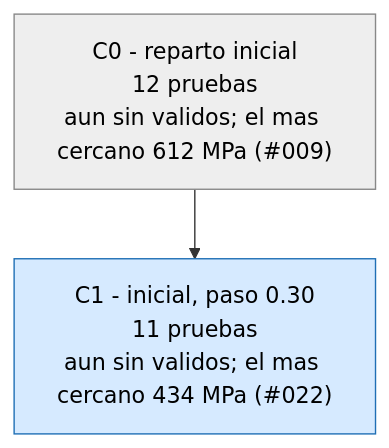
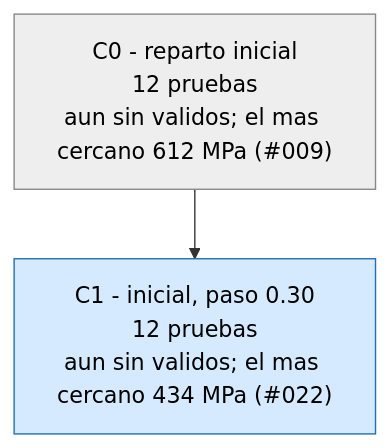
One commit to Hugiko/msd-soporte-optimizacion changed the third of 3 diagrams in runs/opt_37800N/ARBOL.md. Above: the diagram before and after it, drawn with Mermaid. The commit also changed 19 other files, not shown here.

````diff
--- a/runs/opt_37800N/ARBOL.md
+++ b/runs/opt_37800N/ARBOL.md
@@ -33,9 +33,9 @@
 ```mermaid
 graph TD
 classDef activa fill:#d6eaff,stroke:#1f6fb5,color:#000
 classDef fin fill:#eeeeee,stroke:#888,color:#000
 classDef mejor fill:#c8f0c0,stroke:#1a9850,stroke-width:4px,color:#000
 C0["C0 - reparto inicial<br/>12 pruebas<br/>aun sin validos; el mas cercano 612 MPa (#009)"]:::fin
-C1["C1 - inicial, paso 0.30<br/>11 pruebas<br/>aun sin validos; el mas cercano 434 MPa (#022)"]:::activa
+C1["C1 - inicial, paso 0.30<br/>12 pruebas<br/>aun sin validos; el mas cercano 434 MPa (#022)"]:::activa
 C0 --> C1
 ```
````
